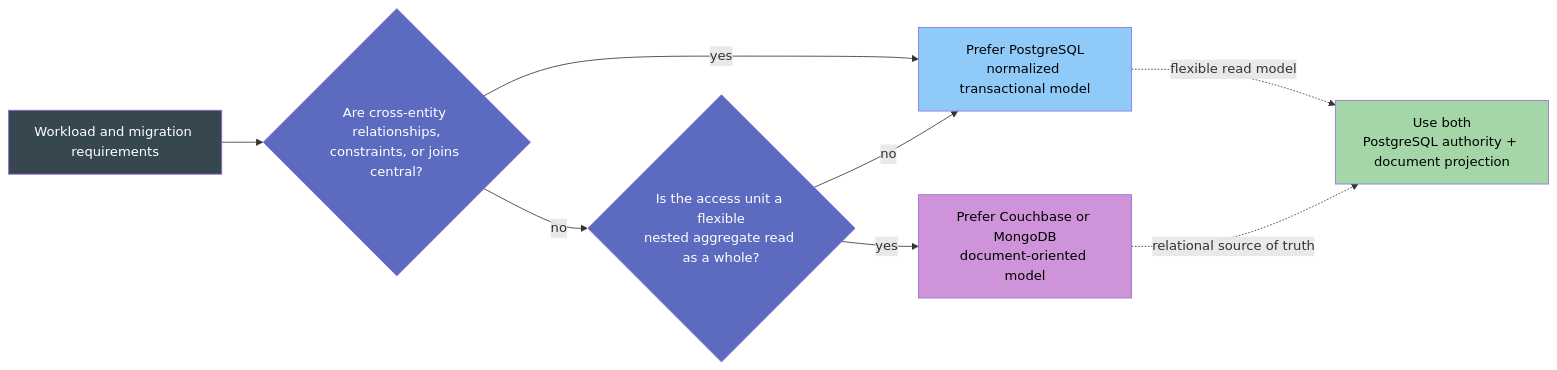
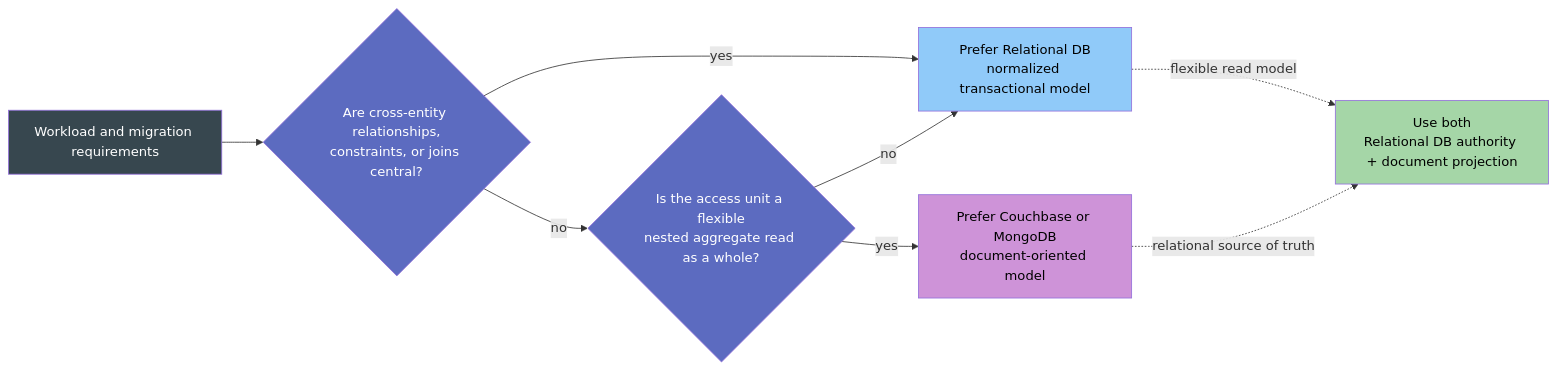
Before and after one commit to gurkanindibay/azure_learning: the fourth of 7 diagrams in architecture-general/04-data-analytics-ai-architecture/01-data-architecture/03-polyglot-persistence.md, drawn with Mermaid. The commit also changed other lines of this file, not shown here.

````diff
--- a/architecture-general/04-data-analytics-ai-architecture/01-data-architecture/03-polyglot-persistence.md
+++ b/architecture-general/04-data-analytics-ai-architecture/01-data-architecture/03-polyglot-persistence.md
@@ -256,24 +256,24 @@
 ```mermaid
 flowchart LR
     NEEDS[Workload and migration requirements]
     RELATIONS{"Are cross-entity relationships,<br/>constraints, or joins central?"}
     AGGREGATE{"Is the access unit a flexible<br/>nested aggregate read as a whole?"}
-    PG[Prefer PostgreSQL<br/>normalized transactional model]
+    PG[Prefer Relational DB<br/>normalized transactional model]
     DOC[Prefer Couchbase or MongoDB<br/>document-oriented model]
-    HYBRID[Use both<br/>PostgreSQL authority + document projection]
+    HYBRID[Use both<br/>Relational DB authority + document projection]
 
     NEEDS --> RELATIONS
     RELATIONS -->|yes| PG
     RELATIONS -->|no| AGGREGATE
     AGGREGATE -->|yes| DOC
     AGGREGATE -->|no| PG
     PG -. flexible read model .-> HYBRID
     DOC -. relational source of truth .-> HYBRID
 
     style NEEDS fill:#37474f,color:#fff
     style RELATIONS fill:#5c6bc0,color:#fff
     style AGGREGATE fill:#5c6bc0,color:#fff
     style PG fill:#90caf9,color:#000
     style DOC fill:#ce93d8,color:#000
     style HYBRID fill:#a5d6a7,color:#000
 ```
````
